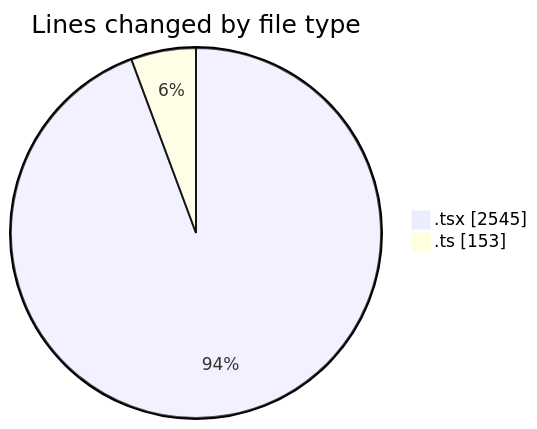
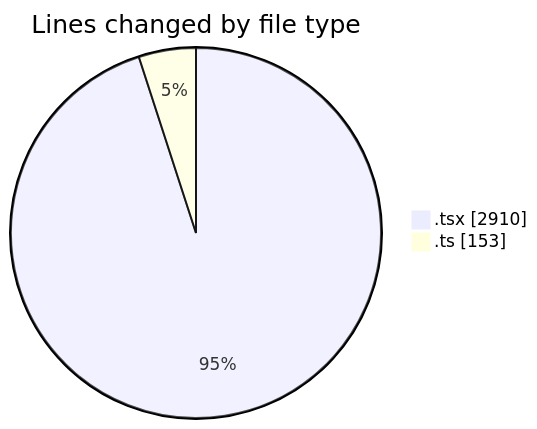
Before and after one commit to nxtqubesakshisongat/code-tracking: the first of 2 diagrams in 2026-03-27/nxtqube_webapp/README.md, drawn with Mermaid. The commit also changed other lines of this file and 1 other file, not shown here.

````diff
--- a/2026-03-27/nxtqube_webapp/README.md
+++ b/2026-03-27/nxtqube_webapp/README.md
@@ -23,6 +24,6 @@
 ```mermaid
 pie showData
 title Lines changed by file type
-".tsx" : 2545
+".tsx" : 2910
 ".ts" : 153
 ```
````
